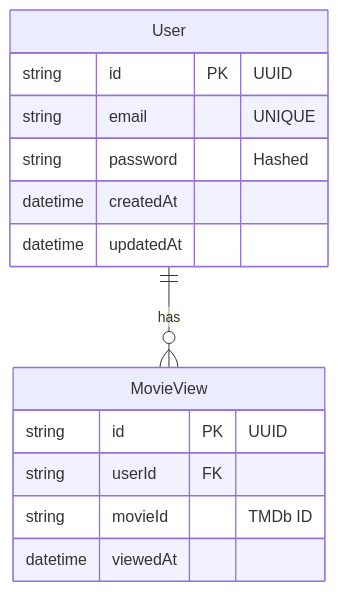
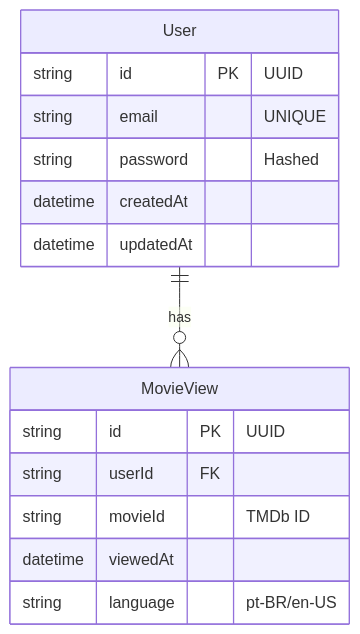
The first of 3 diagrams in docs/ERD.md (igorbrandao18/watch-test-backend), drawn with Mermaid before and after one commit. The commit also changed other lines of this file and 26 other files, not shown here.

````diff
--- a/docs/ERD.md
+++ b/docs/ERD.md
@@ -6,17 +6,18 @@
 ```mermaid
 erDiagram
     User {
         string id PK "UUID"
         string email "UNIQUE"
         string password "Hashed"
         datetime createdAt
         datetime updatedAt
     }
     MovieView {
         string id PK "UUID"
         string userId FK
         string movieId "TMDb ID"
         datetime viewedAt
+        string language "pt-BR/en-US"
     }
     User ||--o{ MovieView : has
 ```
````
